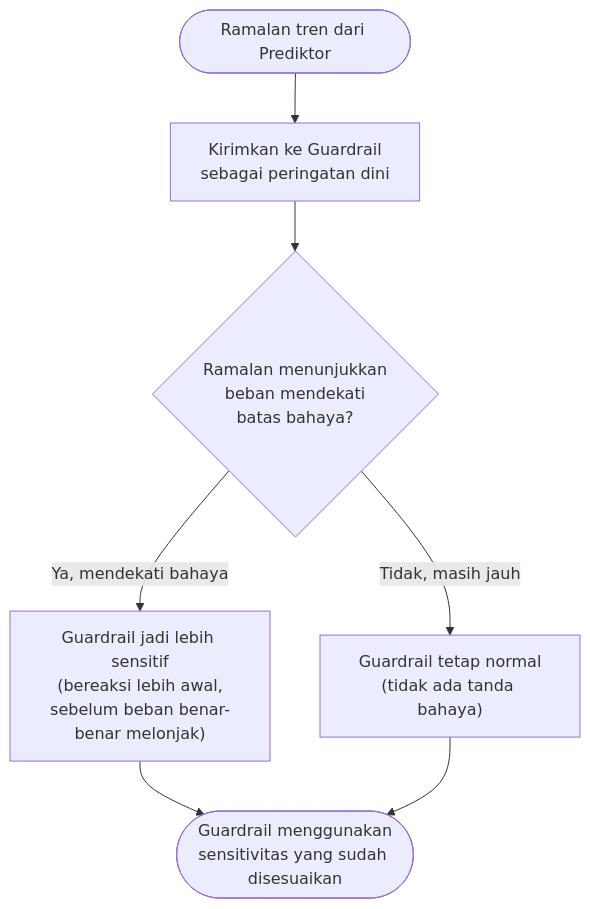
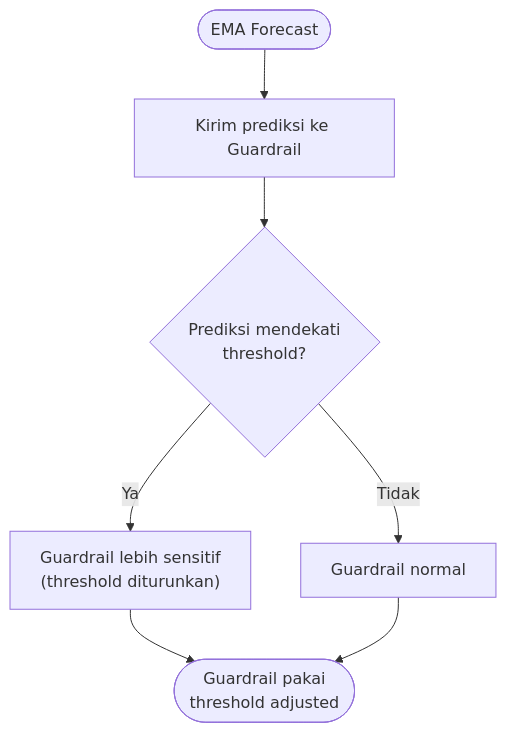
Before and after one commit to fauzanreza/green-container-framework: the fourth of 4 diagrams in architecture-diagrams/layer-3-control/03_ema_predictor.md, drawn with Mermaid. The commit also changed other lines of this file and 13 other files, not shown here.

Commit message:
edit fitur, menambahkan Architecture Diagram

````diff
--- a/architecture-diagrams/layer-3-control/03_ema_predictor.md
+++ b/architecture-diagrams/layer-3-control/03_ema_predictor.md
@@ -96,19 +97,19 @@
 ```mermaid
 flowchart TD
-    RAMALAN(["Ramalan tren dari Prediktor"])
+    RAMALAN(["EMA Forecast"])
 
-    KIRIM["Kirimkan ke Guardrail<br/>sebagai peringatan dini"]
+    KIRIM["Kirim prediksi ke Guardrail"]
 
-    DEKAT{"Ramalan menunjukkan<br/>beban mendekati<br/>batas bahaya?"}
-    SENSITIF["Guardrail jadi lebih sensitif<br/>(bereaksi lebih awal,<br/>sebelum beban benar-benar melonjak)"]
-    BIASA["Guardrail tetap normal<br/>(tidak ada tanda bahaya)"]
+    DEKAT{"Prediksi mendekati<br/>threshold?"}
+    SENSITIF["Guardrail lebih sensitif<br/>(threshold diturunkan)"]
+    BIASA["Guardrail normal"]
 
-    PAKAI(["Guardrail menggunakan<br/>sensitivitas yang sudah disesuaikan"])
+    PAKAI(["Guardrail pakai<br/>threshold adjusted"])
 
     RAMALAN --> KIRIM
     KIRIM --> DEKAT
-    DEKAT -->|Ya, mendekati bahaya| SENSITIF
-    DEKAT -->|Tidak, masih jauh| BIASA
+    DEKAT -->|Ya| SENSITIF
+    DEKAT -->|Tidak| BIASA
     SENSITIF --> PAKAI
     BIASA --> PAKAI
 ```
````
